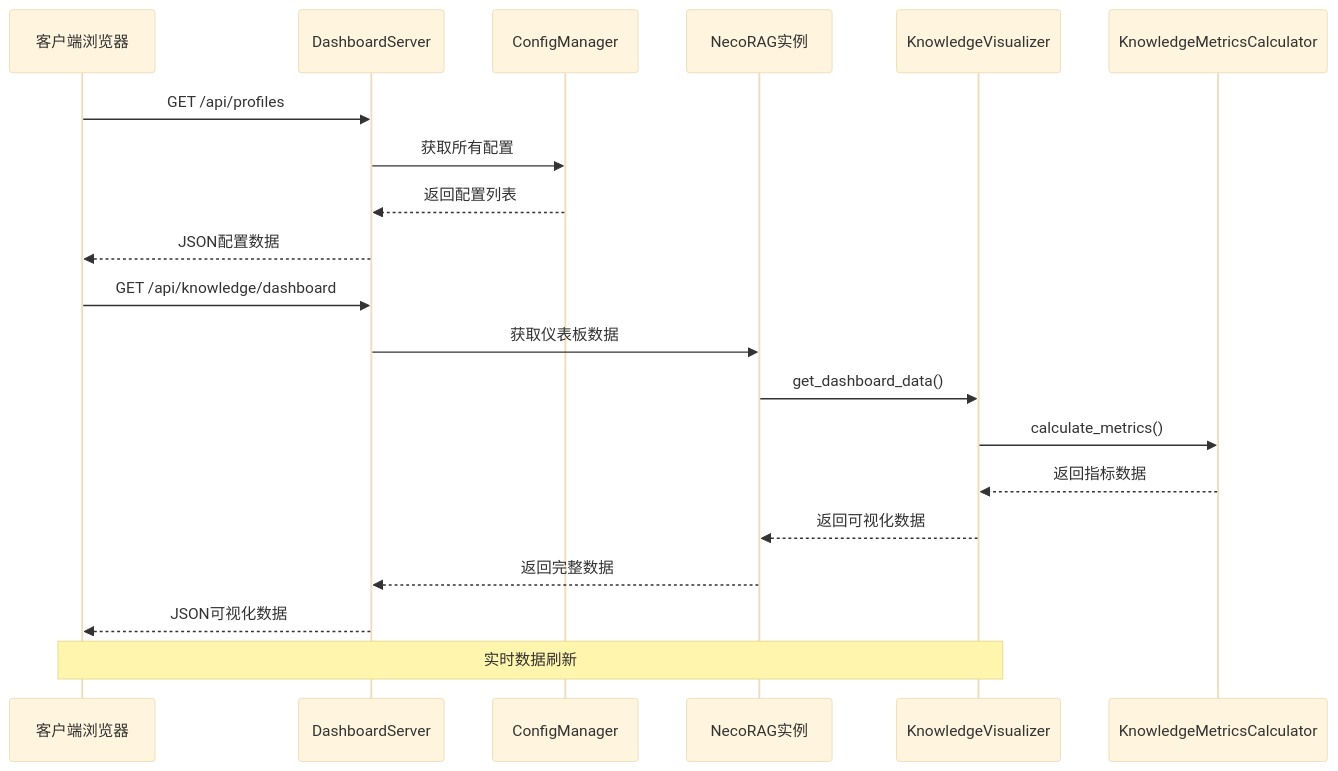
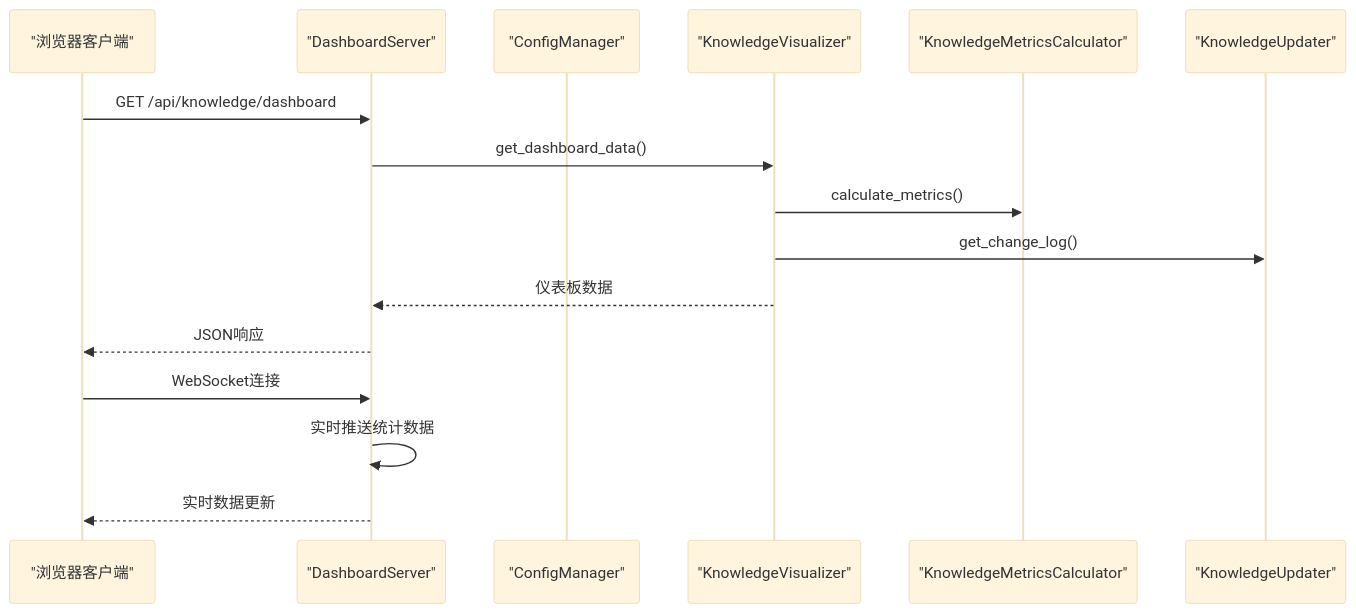
Before and after one commit to JieGaoPrinceton/NecoRAG: the second of 5 diagrams in .qoder/repowiki/zh/content/知识演化系统/可视化仪表板.md, drawn with Mermaid (base theme). The commit also changed other lines of this file and 181 other files, not shown here.

````diff
--- a/.qoder/repowiki/zh/content/知识演化系统/可视化仪表板.md
+++ b/.qoder/repowiki/zh/content/知识演化系统/可视化仪表板.md
@@ -106,22 +117,18 @@
 ```mermaid
 sequenceDiagram
-participant Client as 客户端浏览器
-participant Server as DashboardServer
-participant ConfigMgr as ConfigManager
-participant Necorag as NecoRAG实例
-participant Visualizer as KnowledgeVisualizer
-participant Metrics as KnowledgeMetricsCalculator
-Client->>Server : GET /api/profiles
-Server->>ConfigMgr : 获取所有配置
-ConfigMgr-->>Server : 返回配置列表
-Server-->>Client : JSON配置数据
+participant Client as "浏览器客户端"
+participant Server as "DashboardServer"
+participant ConfigMgr as "ConfigManager"
+participant Visualizer as "KnowledgeVisualizer"
+participant MetricsCalc as "KnowledgeMetricsCalculator"
+participant Updater as "KnowledgeUpdater"
 Client->>Server : GET /api/knowledge/dashboard
-Server->>Necorag : 获取仪表板数据
-Necorag->>Visualizer : get_dashboard_data()
-Visualizer->>Metrics : calculate_metrics()
-Metrics-->>Visualizer : 返回指标数据
-Visualizer-->>Necorag : 返回可视化数据
-Necorag-->>Server : 返回完整数据
-Server-->>Client : JSON可视化数据
-Note over Client,Visualizer : 实时数据刷新
+Server->>Visualizer : get_dashboard_data()
+Visualizer->>MetricsCalc : calculate_metrics()
+Visualizer->>Updater : get_change_log()
+Visualizer-->>Server : 仪表板数据
+Server-->>Client : JSON响应
+Client->>Server : WebSocket连接
+Server->>Server : 实时推送统计数据
+Server-->>Client : 实时数据更新
 ```
````
